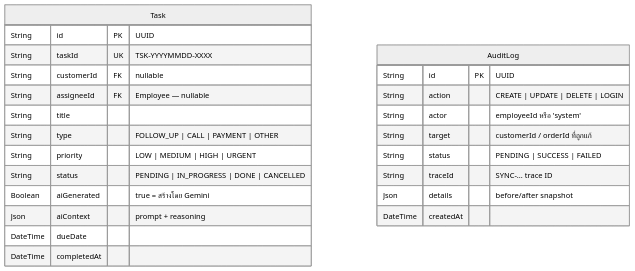
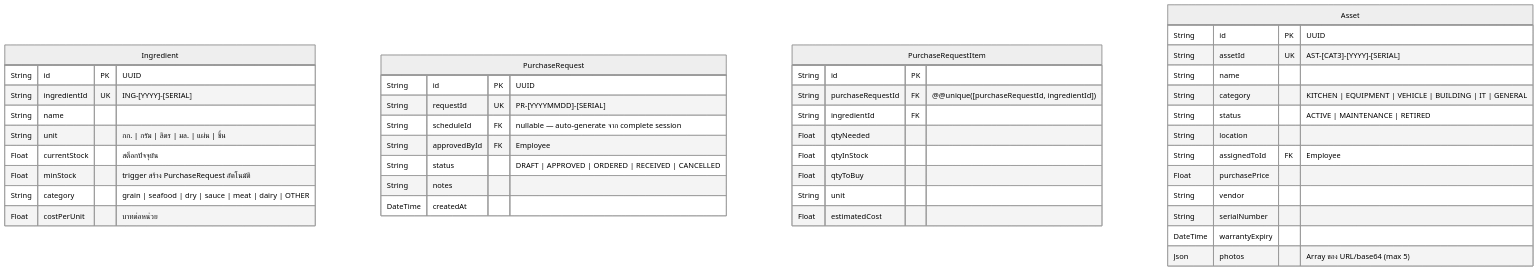
Before and after one commit to Freshair129/crmapp: the fifth of 8 diagrams in docs/database_erd.md, drawn with Mermaid (neutral theme). The commit also changed other lines of this file and 13 other files, not shown here.

````diff
--- a/docs/database_erd.md
+++ b/docs/database_erd.md
@@ -358,28 +263,49 @@
 ```mermaid
 erDiagram
-    Task {
-        String  id          PK  "UUID"
-        String  taskId      UK  "TSK-YYYYMMDD-XXXX"
-        String  customerId  FK  "nullable"
-        String  assigneeId  FK  "Employee — nullable"
-        String  title
-        String  type            "FOLLOW_UP | CALL | PAYMENT | OTHER"
-        String  priority        "LOW | MEDIUM | HIGH | URGENT"
-        String  status          "PENDING | IN_PROGRESS | DONE | CANCELLED"
-        Boolean aiGenerated     "true = สร้างโดย Gemini"
-        Json    aiContext        "prompt + reasoning"
-        DateTime dueDate
-        DateTime completedAt
+    Ingredient {
+        String   id            PK  "UUID"
+        String   ingredientId  UK  "ING-[YYYY]-[SERIAL]"
+        String   name
+        String   unit              "กก. | กรัม | ลิตร | มล. | แผ่น | ชิ้น"
+        Float    currentStock      "สต็อกปัจจุบัน"
+        Float    minStock          "trigger สร้าง PurchaseRequest อัตโนมัติ"
+        String   category          "grain | seafood | dry | sauce | meat | dairy | OTHER"
+        Float    costPerUnit       "บาทต่อหน่วย"
     }
 
-    AuditLog {
-        String  id       PK  "UUID"
-        String  action       "CREATE | UPDATE | DELETE | LOGIN"
-        String  actor        "employeeId หรือ 'system'"
-        String  target       "customerId / orderId ที่ถูกแก้"
-        String  status       "PENDING | SUCCESS | FAILED"
-        String  traceId      "SYNC-... trace ID"
-        Json    details      "before/after snapshot"
+    PurchaseRequest {
+        String   id          PK  "UUID"
+        String   requestId   UK  "PR-[YYYYMMDD]-[SERIAL]"
+        String   scheduleId  FK  "nullable — auto-generate จาก complete session"
+        String   approvedById FK  "Employee"
+        String   status          "DRAFT | APPROVED | ORDERED | RECEIVED | CANCELLED"
+        String   notes
         DateTime createdAt
     }
+
+    PurchaseRequestItem {
+        String   id                 PK
+        String   purchaseRequestId  FK  "@@unique([purchaseRequestId, ingredientId])"
+        String   ingredientId       FK
+        Float    qtyNeeded
+        Float    qtyInStock
+        Float    qtyToBuy
+        String   unit
+        Float    estimatedCost
+    }
+
+    Asset {
+        String   id             PK  "UUID"
+        String   assetId        UK  "AST-[CAT3]-[YYYY]-[SERIAL]"
+        String   name
+        String   category           "KITCHEN | EQUIPMENT | VEHICLE | BUILDING | IT | GENERAL"
+        String   status             "ACTIVE | MAINTENANCE | RETIRED"
+        String   location
+        String   assignedToId   FK  "Employee"
+        Float    purchasePrice
+        String   vendor
+        String   serialNumber
+        DateTime warrantyExpiry
+        Json     photos             "Array ของ URL/base64 (max 5)"
+    }
 ```
````
